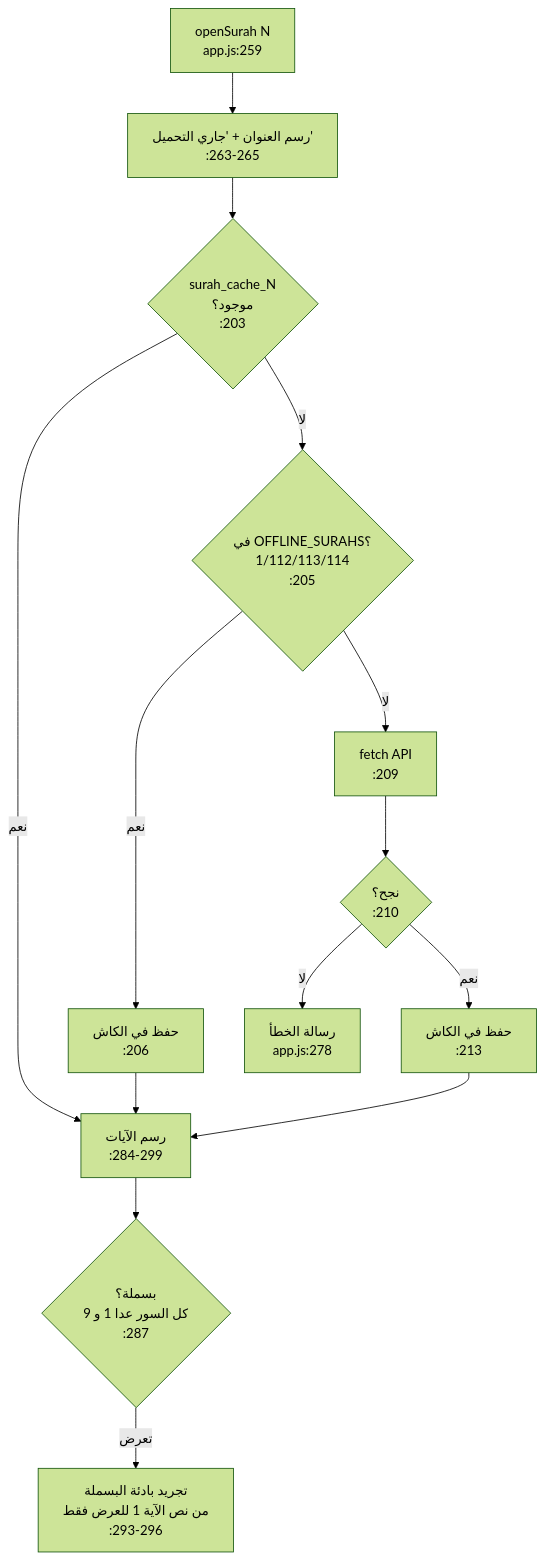
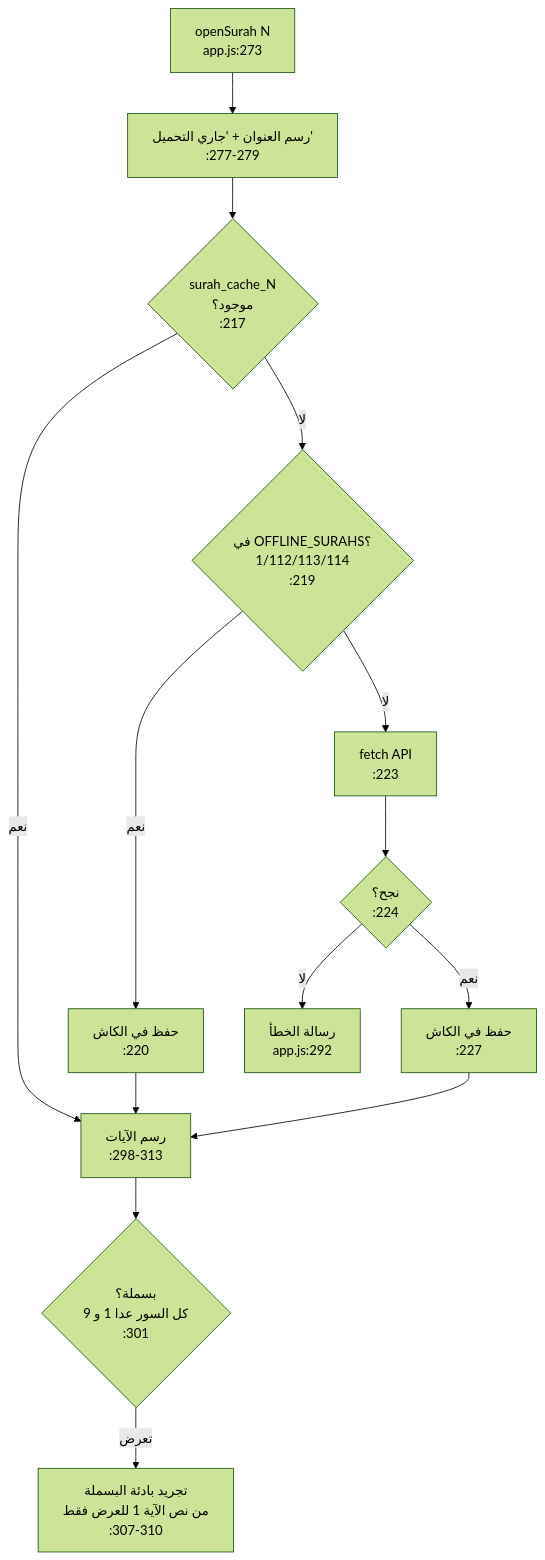
Before and after one commit to jabar-reda/quran-app: the second of 6 diagrams in docs/CODE-MAP.md, drawn with Mermaid (forest theme). The commit also changed other lines of this file and 9 other files, not shown here.

````diff
--- a/docs/CODE-MAP.md
+++ b/docs/CODE-MAP.md
@@ -53,13 +53,13 @@
 ```mermaid
 flowchart TD
-    A["openSurah N<br/>app.js:259"] --> T["رسم العنوان + 'جاري التحميل'<br/>:263-265"]
-    T --> Q{"surah_cache_N<br/>موجود؟<br/>:203"}
-    Q -- نعم --> RENDER["رسم الآيات<br/>:284-299"]
-    Q -- لا --> O{"في OFFLINE_SURAHS؟<br/>1/112/113/114<br/>:205"}
-    O -- نعم --> SAVE1["حفظ في الكاش<br/>:206"] --> RENDER
-    O -- لا --> F["fetch API<br/>:209"] --> OK{"نجح؟<br/>:210"}
-    OK -- نعم --> SAVE2["حفظ في الكاش<br/>:213"] --> RENDER
-    OK -- لا --> ERR["رسالة الخطأ<br/>app.js:278"]
-    RENDER --> B{"بسملة؟<br/>كل السور عدا 1 و 9<br/>:287"}
-    B -- تعرض --> STRIP["تجريد بادئة البسملة<br/>من نص الآية 1 للعرض فقط<br/>:293-296"]
+    A["openSurah N<br/>app.js:273"] --> T["رسم العنوان + 'جاري التحميل'<br/>:277-279"]
+    T --> Q{"surah_cache_N<br/>موجود؟<br/>:217"}
+    Q -- نعم --> RENDER["رسم الآيات<br/>:298-313"]
+    Q -- لا --> O{"في OFFLINE_SURAHS؟<br/>1/112/113/114<br/>:219"}
+    O -- نعم --> SAVE1["حفظ في الكاش<br/>:220"] --> RENDER
+    O -- لا --> F["fetch API<br/>:223"] --> OK{"نجح؟<br/>:224"}
+    OK -- نعم --> SAVE2["حفظ في الكاش<br/>:227"] --> RENDER
+    OK -- لا --> ERR["رسالة الخطأ<br/>app.js:292"]
+    RENDER --> B{"بسملة؟<br/>كل السور عدا 1 و 9<br/>:301"}
+    B -- تعرض --> STRIP["تجريد بادئة البسملة<br/>من نص الآية 1 للعرض فقط<br/>:307-310"]
 ```
````
